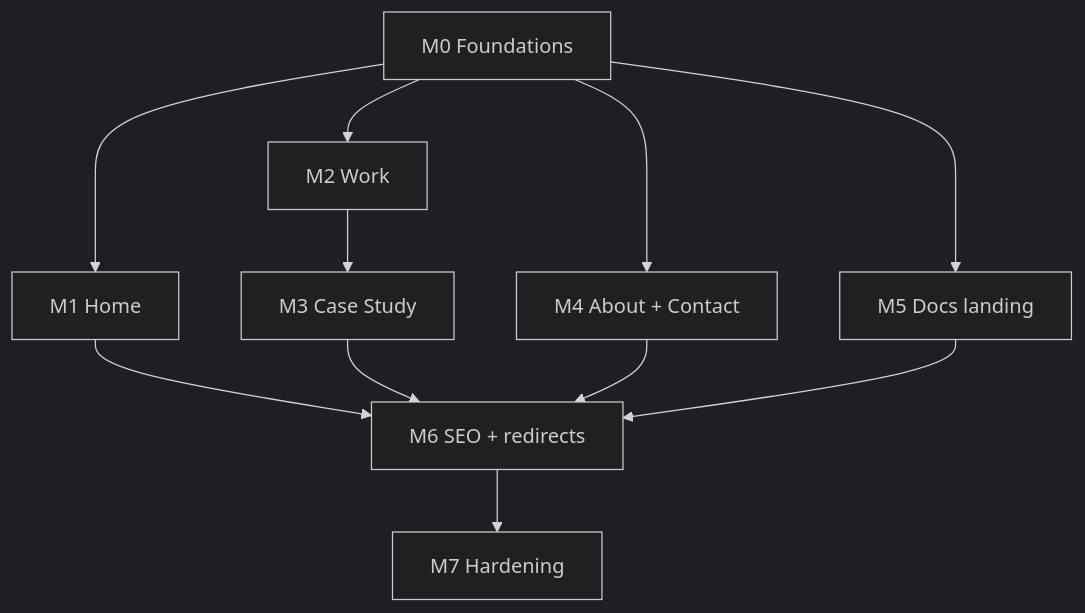
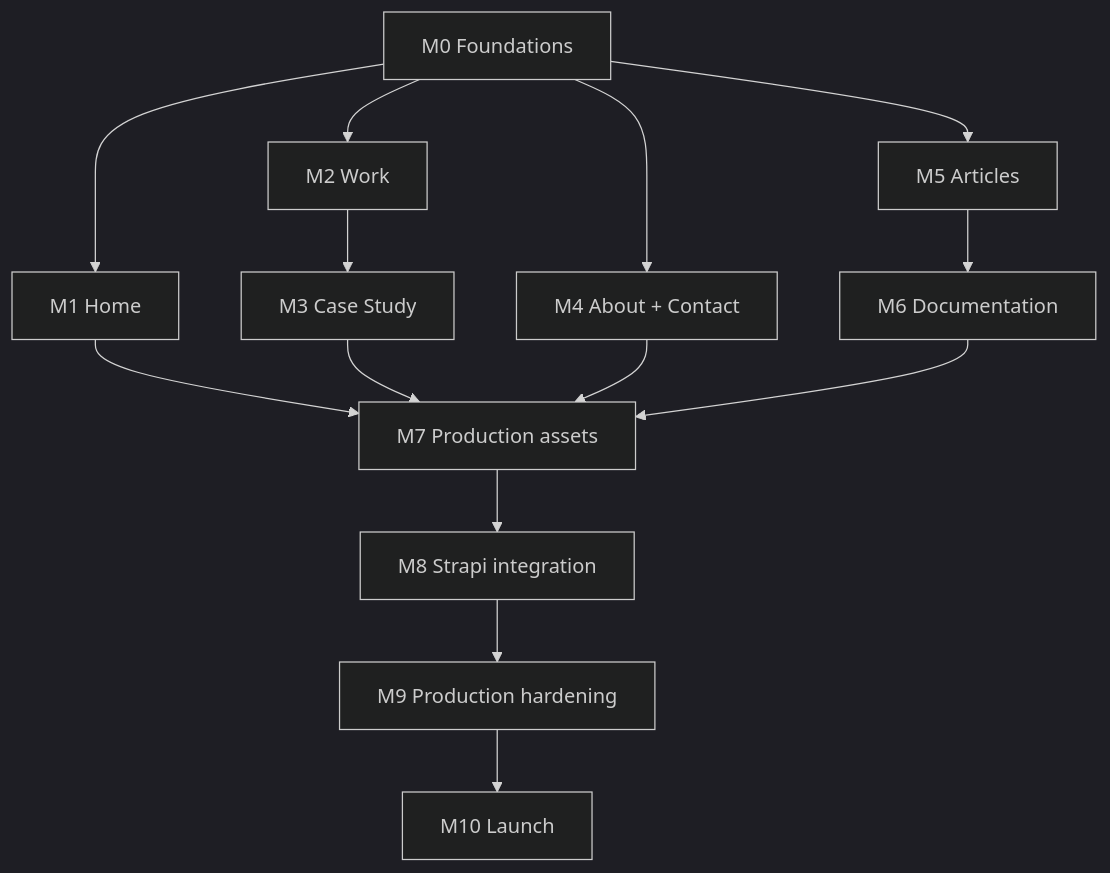
Before and after one commit to IntraWeb-Technology/nexus: the second of 2 diagrams in apps/atlas-docs/content/architecture/build-manifest.mdx, drawn with Mermaid (dark theme). The commit also changed other lines of this file and 165 other files, not shown here.

First line of the commit message:
feat(atlas-web): update dependencies and enhance architecture documentation

````diff
--- a/apps/atlas-docs/content/architecture/build-manifest.mdx
+++ b/apps/atlas-docs/content/architecture/build-manifest.mdx
@@ -629,13 +643,16 @@
 ```mermaid
 flowchart TD
   M0[M0 Foundations] --> M1[M1 Home]
   M0 --> M2[M2 Work]
   M2 --> M3[M3 Case Study]
   M0 --> M4[M4 About + Contact]
-  M0 --> M5[M5 Docs landing]
-  M1 --> M6[M6 SEO + redirects]
-  M3 --> M6
-  M4 --> M6
-  M5 --> M6
-  M6 --> M7[M7 Hardening]
+  M0 --> M5[M5 Articles]
+  M5 --> M6[M6 Documentation]
+  M1 --> M7[M7 Production assets]
+  M3 --> M7
+  M4 --> M7
+  M6 --> M7
+  M7 --> M8[M8 Strapi integration]
+  M8 --> M9[M9 Production hardening]
+  M9 --> M10[M10 Launch]
 ```
````
